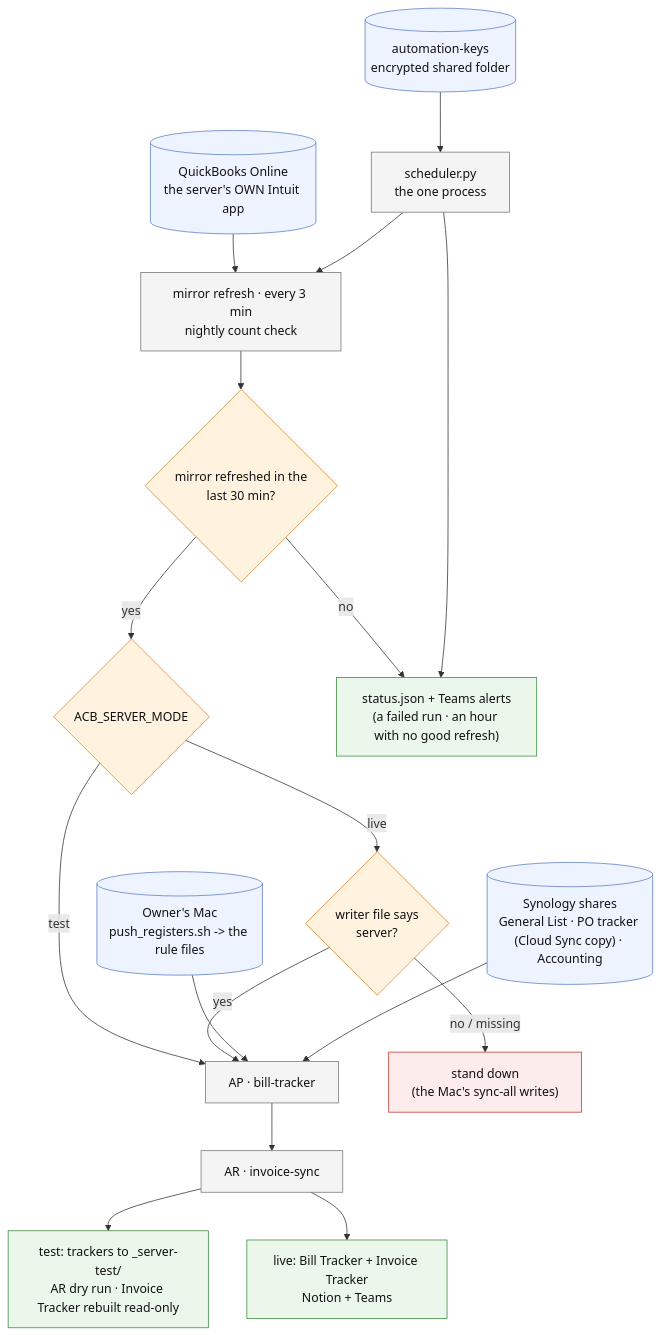
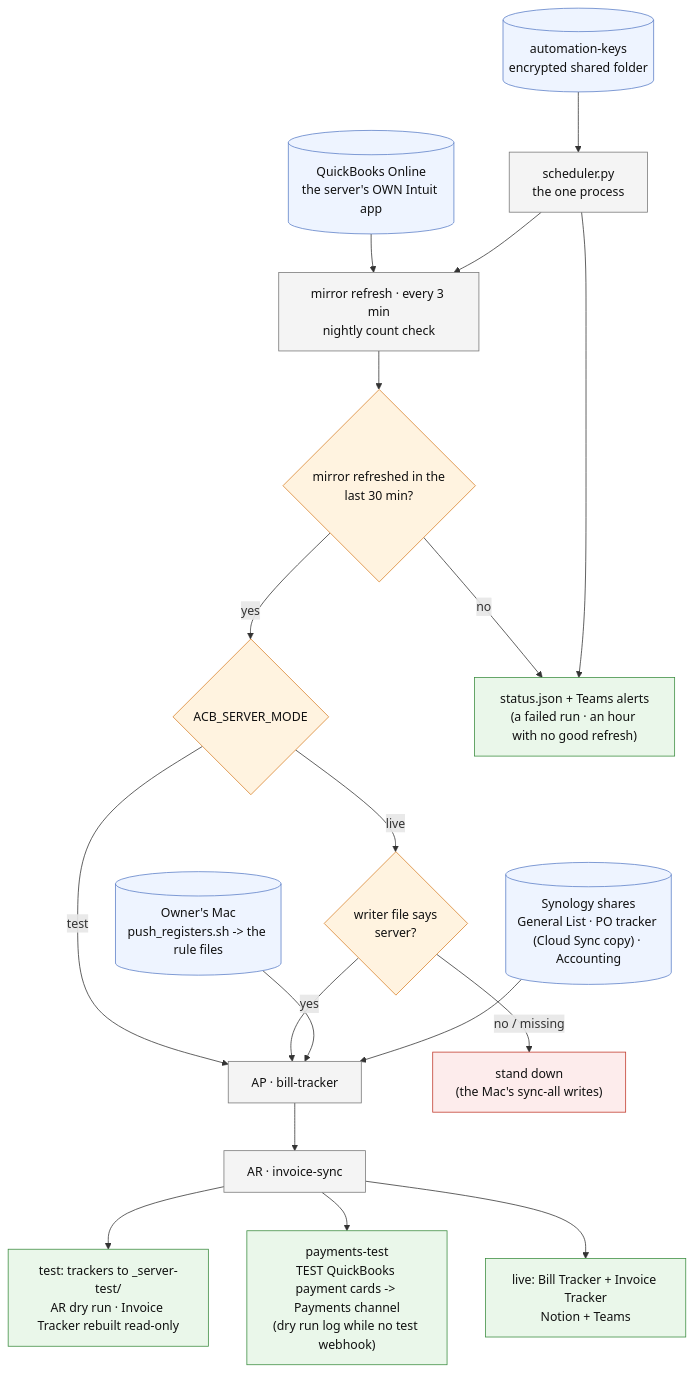
Before and after one commit to Ecarlo-Proficient/Claude-Report: the diagram in docker/FLOW.md, drawn with Mermaid. The commit also changed other lines of this file and 8 other files, not shown here.

Commit message:
office server: payments-test step - TEST QuickBooks payment received cards to TEAMS_WEBHOOK_PAYMENTS_TEST in test mode (own posted record, dry-run log while blank), so the Payments channel is proven before the team uses it

````diff
--- a/docker/FLOW.md
+++ b/docker/FLOW.md
@@ -9,41 +9,43 @@
 ```mermaid
 flowchart TD
     classDef src fill:#eef4ff,stroke:#5b7fc7,color:#111
     classDef tool fill:#f4f4f4,stroke:#777,color:#111
     classDef gate fill:#fff3e0,stroke:#d9822b,color:#111
     classDef out fill:#eaf7ea,stroke:#3c8d40,color:#111
     classDef stop fill:#fdecec,stroke:#c0392b,color:#111
 
     QBO[("QuickBooks Online<br/>the server's OWN Intuit app")]:::src
     KEYS[("automation-keys<br/>encrypted shared folder")]:::src
     MAC[("Owner's Mac<br/>push_registers.sh -> the rule files")]:::src
     FILES[("Synology shares<br/>General List · PO tracker (Cloud Sync copy) · Accounting")]:::src
 
     CLOCK["scheduler.py<br/>the one process"]:::tool
     MIR["mirror refresh · every 3 min<br/>nightly count check"]:::tool
     STALE{"mirror refreshed in the<br/>last 30 min?"}:::gate
     MODE{"ACB_SERVER_MODE"}:::gate
     WRITER{"writer file says<br/>server?"}:::gate
     AP["AP · bill-tracker"]:::tool
     AR["AR · invoice-sync"]:::tool
     TEST["test: trackers to _server-test/<br/>AR dry run · Invoice Tracker rebuilt read-only"]:::out
+    PTEST["payments-test<br/>TEST QuickBooks payment cards -> Payments channel<br/>(dry run log while no test webhook)"]:::out
     LIVE["live: Bill Tracker + Invoice Tracker<br/>Notion + Teams"]:::out
     DOWN["stand down<br/>(the Mac's sync-all writes)"]:::stop
     STATUS["status.json + Teams alerts<br/>(a failed run · an hour with no good refresh)"]:::out
 
     KEYS --> CLOCK
     QBO --> MIR
     CLOCK --> MIR --> STALE
     STALE -- no --> STATUS
     STALE -- yes --> MODE
     MODE -- test --> AP
     MODE -- live --> WRITER
     WRITER -- no / missing --> DOWN
     WRITER -- yes --> AP
     MAC --> AP
     FILES --> AP
     AP --> AR
     AR --> TEST
+    AR --> PTEST
     AR --> LIVE
     CLOCK --> STATUS
 ```
````
